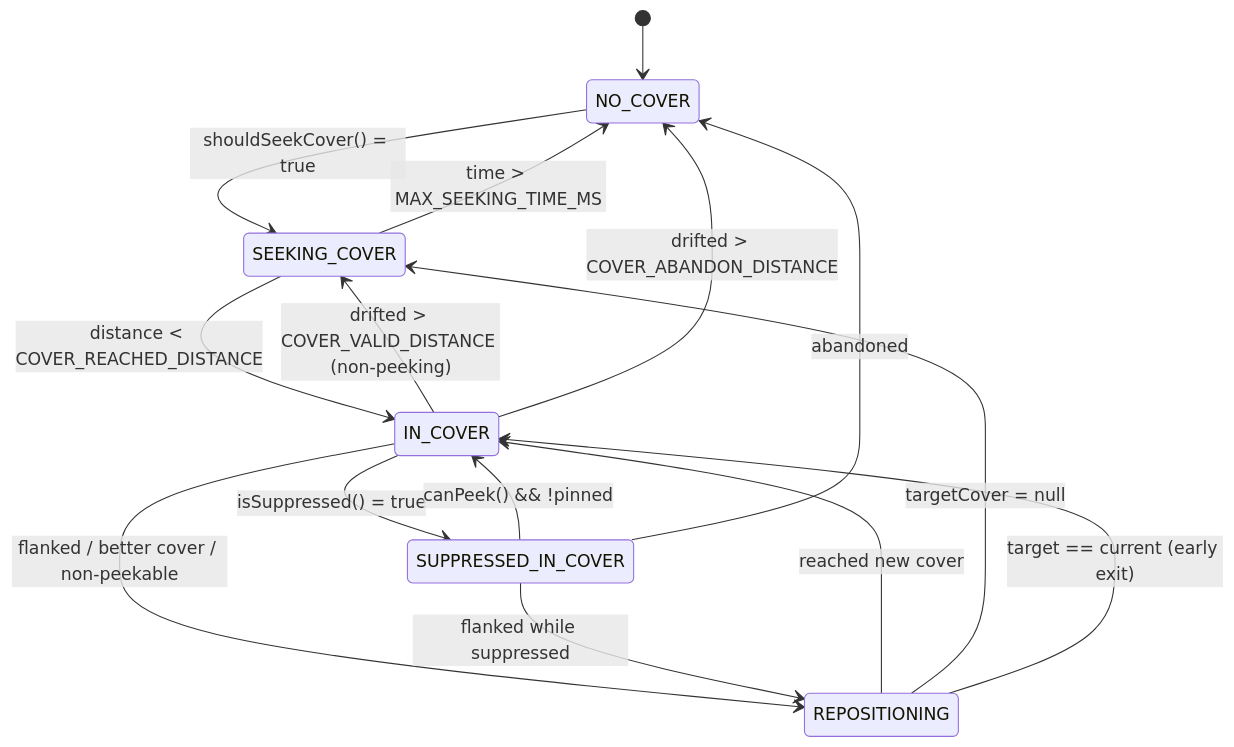
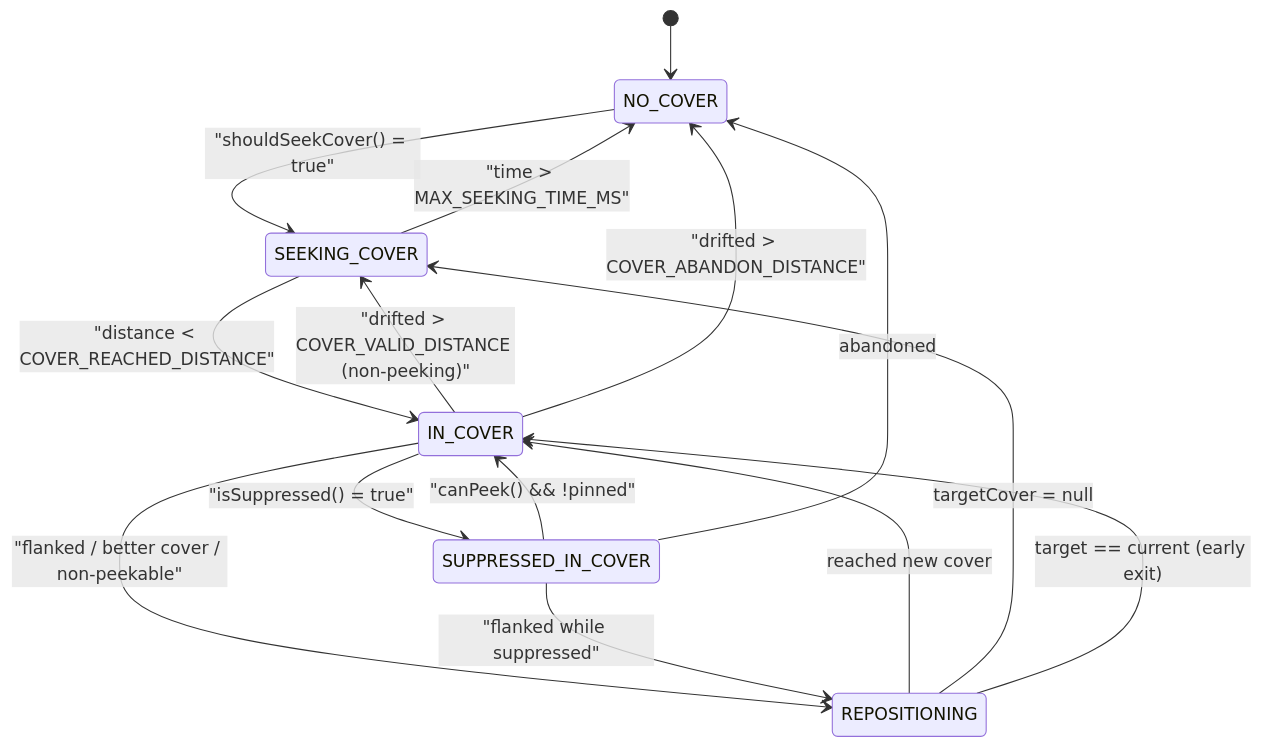
The fourth of 27 diagrams in ARCHITECTURE.md (MegiTicky/steves_army), drawn with Mermaid before and after one commit. The commit also changed other lines of this file, not shown here.

Commit message:
Fix Mermaid v11 syntax: quote all node labels with special characters

````diff
--- a/ARCHITECTURE.md
+++ b/ARCHITECTURE.md
@@ -126,17 +126,17 @@
 ```mermaid
 stateDiagram-v2
     [*] --> NO_COVER
-    NO_COVER --> SEEKING_COVER: shouldSeekCover() = true
-    SEEKING_COVER --> IN_COVER: distance < COVER_REACHED_DISTANCE
-    SEEKING_COVER --> NO_COVER: time > MAX_SEEKING_TIME_MS
-    IN_COVER --> SUPPRESSED_IN_COVER: isSuppressed() = true
-    IN_COVER --> SEEKING_COVER: drifted > COVER_VALID_DISTANCE (non-peeking)
-    IN_COVER --> NO_COVER: drifted > COVER_ABANDON_DISTANCE
-    IN_COVER --> REPOSITIONING: flanked / better cover / non-peekable
+    NO_COVER --> SEEKING_COVER: "shouldSeekCover() = true"
+    SEEKING_COVER --> IN_COVER: "distance < COVER_REACHED_DISTANCE"
+    SEEKING_COVER --> NO_COVER: "time > MAX_SEEKING_TIME_MS"
+    IN_COVER --> SUPPRESSED_IN_COVER: "isSuppressed() = true"
+    IN_COVER --> SEEKING_COVER: "drifted > COVER_VALID_DISTANCE (non-peeking)"
+    IN_COVER --> NO_COVER: "drifted > COVER_ABANDON_DISTANCE"
+    IN_COVER --> REPOSITIONING: "flanked / better cover / non-peekable"
     REPOSITIONING --> IN_COVER: reached new cover
     REPOSITIONING --> SEEKING_COVER: targetCover = null
     REPOSITIONING --> IN_COVER: target == current (early exit)
-    SUPPRESSED_IN_COVER --> IN_COVER: canPeek() && !pinned
-    SUPPRESSED_IN_COVER --> REPOSITIONING: flanked while suppressed
+    SUPPRESSED_IN_COVER --> IN_COVER: "canPeek() && !pinned"
+    SUPPRESSED_IN_COVER --> REPOSITIONING: "flanked while suppressed"
     SUPPRESSED_IN_COVER --> NO_COVER: abandoned
 ```
````
